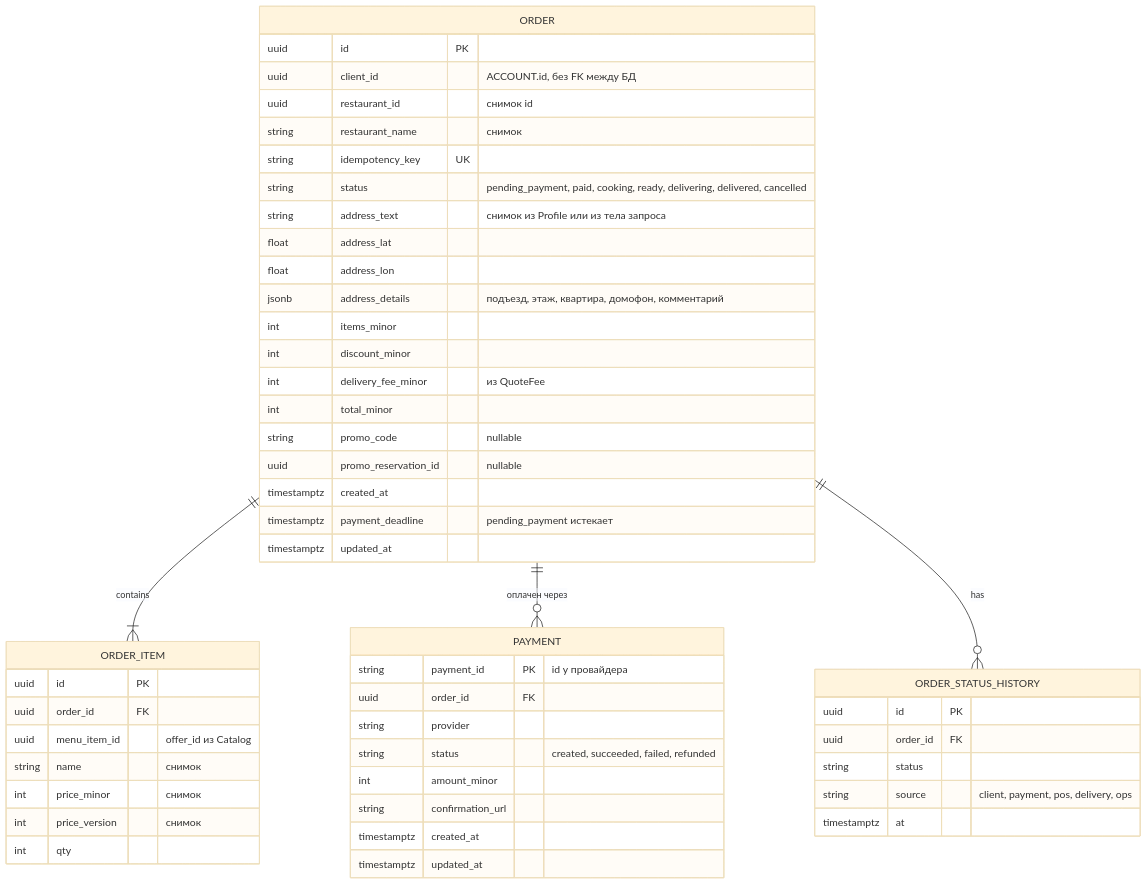
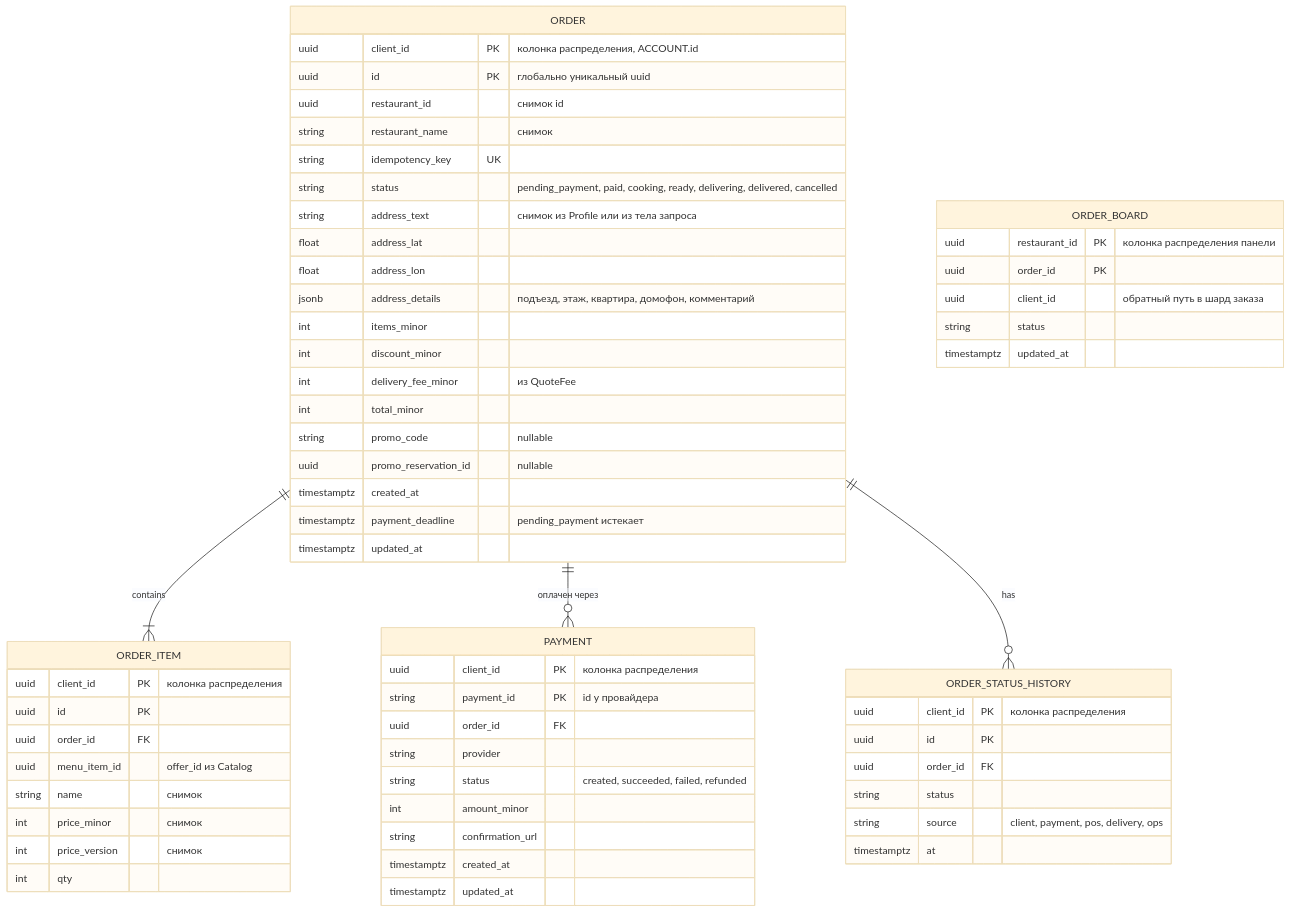
The fourth of 7 diagrams in hw_03/solution/README.md (Gomozov/otus-systemdesign-homework), drawn with Mermaid (base theme) before and after one commit. The commit also changed other lines of this file, not shown here.

````diff
--- a/hw_03/solution/README.md
+++ b/hw_03/solution/README.md
@@ -237,54 +266,64 @@
 ```mermaid
 erDiagram
     ORDER ||--|{ ORDER_ITEM : contains
     ORDER ||--o{ PAYMENT : "оплачен через"
     ORDER ||--o{ ORDER_STATUS_HISTORY : has
 
     ORDER {
-        uuid id PK
-        uuid client_id "ACCOUNT.id, без FK между БД"
+        uuid client_id PK "колонка распределения, ACCOUNT.id"
+        uuid id PK "глобально уникальный uuid"
         uuid restaurant_id "снимок id"
         string restaurant_name "снимок"
         string idempotency_key UK
         string status "pending_payment, paid, cooking, ready, delivering, delivered, cancelled"
         string address_text "снимок из Profile или из тела запроса"
         float address_lat
         float address_lon
         jsonb address_details "подъезд, этаж, квартира, домофон, комментарий"
         int items_minor
         int discount_minor
         int delivery_fee_minor "из QuoteFee"
         int total_minor
         string promo_code "nullable"
         uuid promo_reservation_id "nullable"
         timestamptz created_at
         timestamptz payment_deadline "pending_payment истекает"
         timestamptz updated_at
     }
     ORDER_ITEM {
+        uuid client_id PK "колонка распределения"
         uuid id PK
         uuid order_id FK
         uuid menu_item_id "offer_id из Catalog"
         string name "снимок"
         int price_minor "снимок"
         int price_version "снимок"
         int qty
     }
     PAYMENT {
+        uuid client_id PK "колонка распределения"
         string payment_id PK "id у провайдера"
         uuid order_id FK
         string provider
         string status "created, succeeded, failed, refunded"
         int amount_minor
         string confirmation_url
         timestamptz created_at
         timestamptz updated_at
     }
     ORDER_STATUS_HISTORY {
+        uuid client_id PK "колонка распределения"
         uuid id PK
         uuid order_id FK
         string status
         string source "client, payment, pos, delivery, ops"
         timestamptz at
     }
+    ORDER_BOARD {
+        uuid restaurant_id PK "колонка распределения панели"
+        uuid order_id PK
+        uuid client_id "обратный путь в шард заказа"
+        string status
+        timestamptz updated_at
+    }
 ```
````
